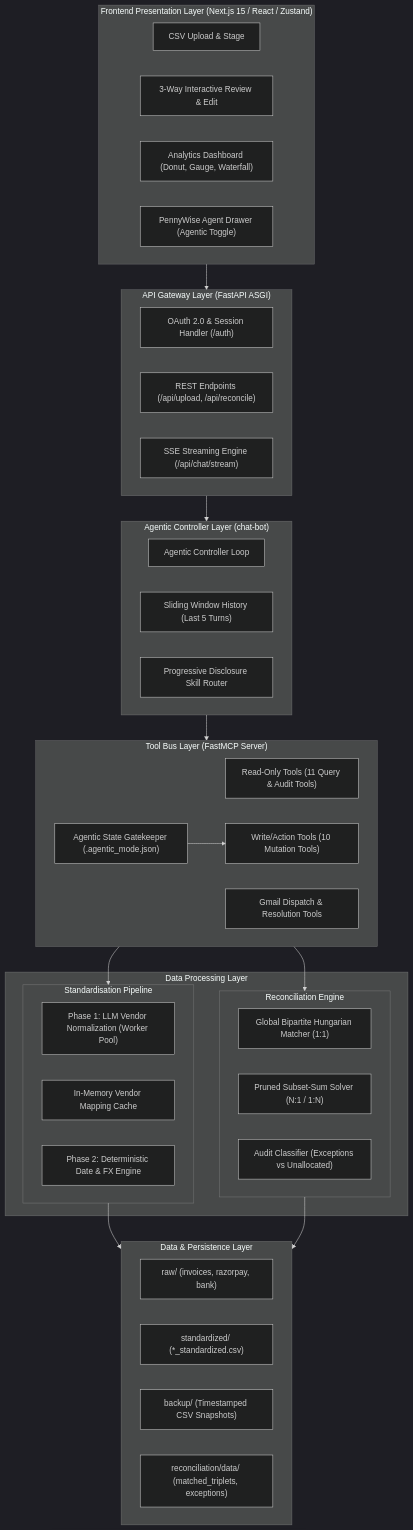
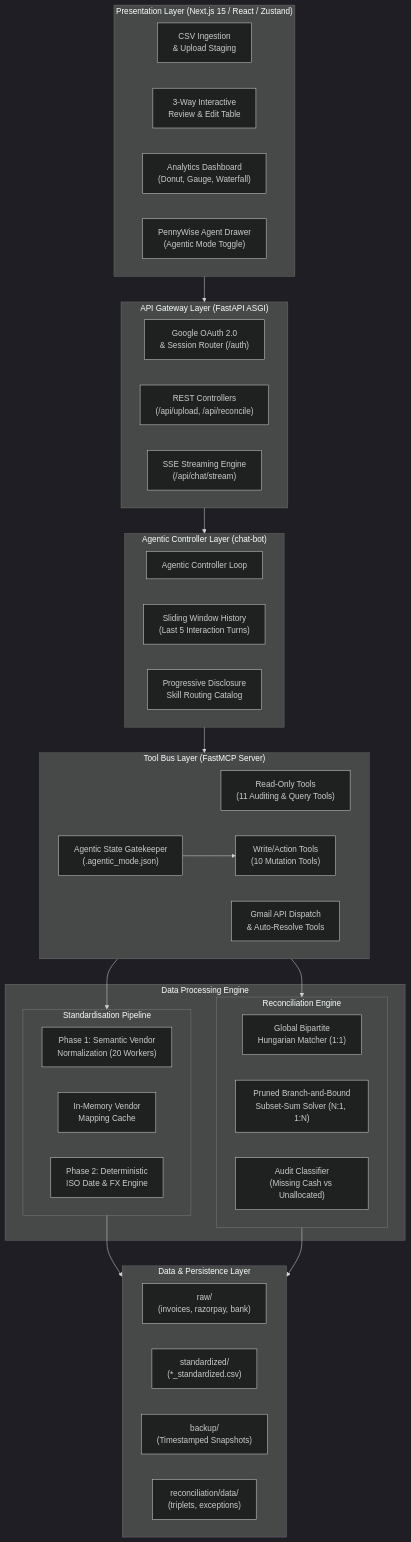
One commit to harissh-k06/Razorpay_Buildathon changed the first of 9 diagrams in ARCHITECTURE.md. Above: the diagram before and after it, drawn with Mermaid (dark theme). The commit also changed other lines of this file, not shown here.

````diff
--- a/ARCHITECTURE.md
+++ b/ARCHITECTURE.md
@@ -66,57 +66,57 @@
 ```mermaid
 flowchart TB
-    subgraph ClientLayer["Frontend Presentation Layer (Next.js 15 / React / Zustand)"]
-        UI_Upload["CSV Upload & Stage"]
-        UI_Review["3-Way Interactive Review & Edit"]
-        UI_Results["Analytics Dashboard (Donut, Gauge, Waterfall)"]
-        UI_Chat["PennyWise Agent Drawer (Agentic Toggle)"]
+    subgraph ClientLayer["Presentation Layer (Next.js 15 / React / Zustand)"]
+        UI_Upload["CSV Ingestion<br/>& Upload Staging"]
+        UI_Review["3-Way Interactive<br/>Review & Edit Table"]
+        UI_Results["Analytics Dashboard<br/>(Donut, Gauge, Waterfall)"]
+        UI_Chat["PennyWise Agent Drawer<br/>(Agentic Mode Toggle)"]
     end
 
     subgraph APILayer["API Gateway Layer (FastAPI ASGI)"]
-        API_Auth["OAuth 2.0 & Session Handler (/auth)"]
-        API_Endpoints["REST Endpoints (/api/upload, /api/reconcile)"]
-        API_SSE["SSE Streaming Engine (/api/chat/stream)"]
+        API_Auth["Google OAuth 2.0<br/>& Session Router (/auth)"]
+        API_Endpoints["REST Controllers<br/>(/api/upload, /api/reconcile)"]
+        API_SSE["SSE Streaming Engine<br/>(/api/chat/stream)"]
     end
 
     subgraph AgentLayer["Agentic Controller Layer (chat-bot)"]
         Agent_Loop["Agentic Controller Loop"]
-        Agent_Memory["Sliding Window History (Last 5 Turns)"]
-        Agent_Skills["Progressive Disclosure Skill Router"]
+        Agent_Memory["Sliding Window History<br/>(Last 5 Interaction Turns)"]
+        Agent_Skills["Progressive Disclosure<br/>Skill Routing Catalog"]
     end
 
     subgraph MCPLayer["Tool Bus Layer (FastMCP Server)"]
-        MCP_Read["Read-Only Tools (11 Query & Audit Tools)"]
-        MCP_Write["Write/Action Tools (10 Mutation Tools)"]
-        MCP_Email["Gmail Dispatch & Resolution Tools"]
-        MCP_Guard["Agentic State Gatekeeper (.agentic_mode.json)"]
+        MCP_Read["Read-Only Tools<br/>(11 Auditing & Query Tools)"]
+        MCP_Write["Write/Action Tools<br/>(10 Mutation Tools)"]
+        MCP_Email["Gmail API Dispatch<br/>& Auto-Resolve Tools"]
+        MCP_Guard["Agentic State Gatekeeper<br/>(.agentic_mode.json)"]
     end
 
-    subgraph DataPipeline["Data Processing Layer"]
+    subgraph DataPipeline["Data Processing Engine"]
         subgraph StdModule["Standardisation Pipeline"]
-            Std_LLM["Phase 1: LLM Vendor Normalization (Worker Pool)"]
-            Std_Cache["In-Memory Vendor Mapping Cache"]
-            Std_Det["Phase 2: Deterministic Date & FX Engine"]
+            Std_LLM["Phase 1: Semantic Vendor<br/>Normalization (20 Workers)"]
+            Std_Cache["In-Memory Vendor<br/>Mapping Cache"]
+            Std_Det["Phase 2: Deterministic<br/>ISO Date & FX Engine"]
         end
         subgraph RecModule["Reconciliation Engine"]
-            Rec_Hungarian["Global Bipartite Hungarian Matcher (1:1)"]
-            Rec_Subset["Pruned Subset-Sum Solver (N:1 / 1:N)"]
-            Rec_Classifier["Audit Classifier (Exceptions vs Unallocated)"]
+            Rec_Hungarian["Global Bipartite<br/>Hungarian Matcher (1:1)"]
+            Rec_Subset["Pruned Branch-and-Bound<br/>Subset-Sum Solver (N:1, 1:N)"]
+            Rec_Classifier["Audit Classifier<br/>(Missing Cash vs Unallocated)"]
         end
     end
 
     subgraph StorageLayer["Data & Persistence Layer"]
-        CSV_Raw["raw/ (invoices, razorpay, bank)"]
-        CSV_Std["standardized/ (*_standardized.csv)"]
-        CSV_Backups["backup/ (Timestamped CSV Snapshots)"]
-        CSV_Results["reconciliation/data/ (matched_triplets, exceptions)"]
+        CSV_Raw["raw/<br/>(invoices, razorpay, bank)"]
+        CSV_Std["standardized/<br/>(*_standardized.csv)"]
+        CSV_Backups["backup/<br/>(Timestamped Snapshots)"]
+        CSV_Results["reconciliation/data/<br/>(triplets, exceptions)"]
     end
 
     ClientLayer --> APILayer
     APILayer --> AgentLayer
     AgentLayer --> MCPLayer
     MCPLayer --> StdModule
     MCPLayer --> RecModule
     StdModule --> StorageLayer
     RecModule --> StorageLayer
     MCP_Guard --> MCP_Write
 ```
````
